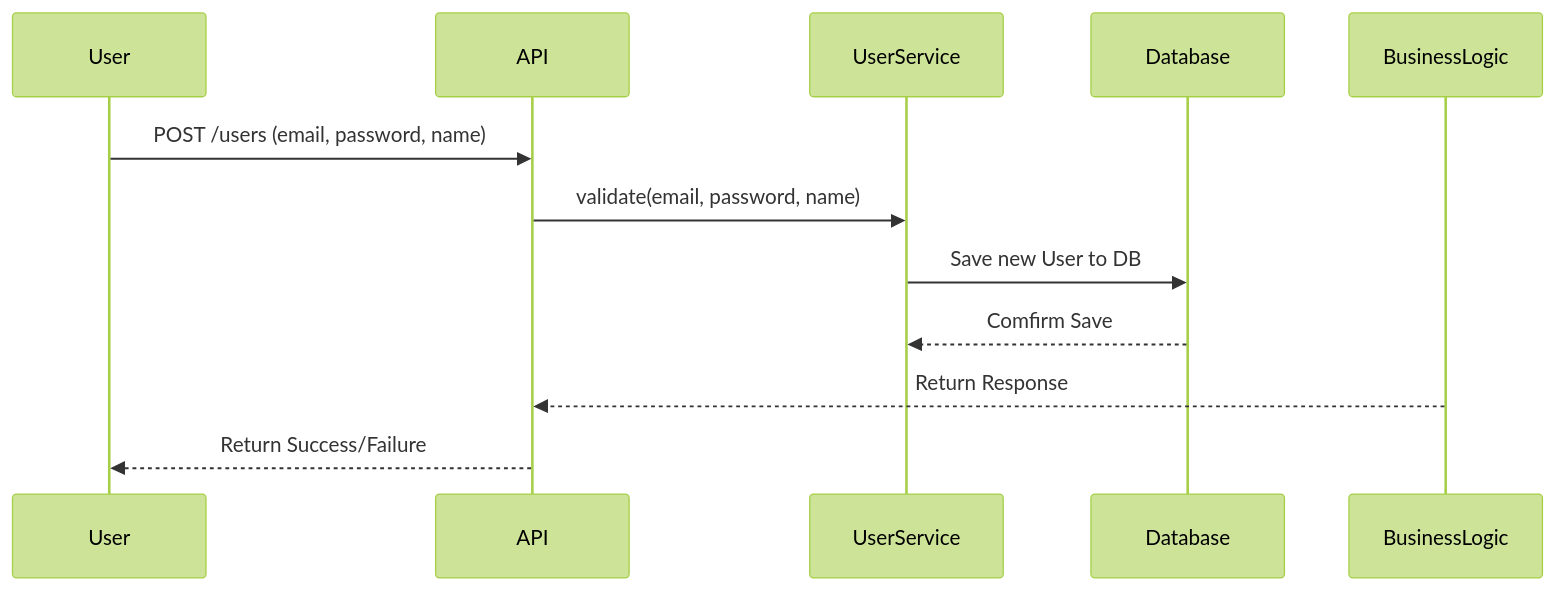
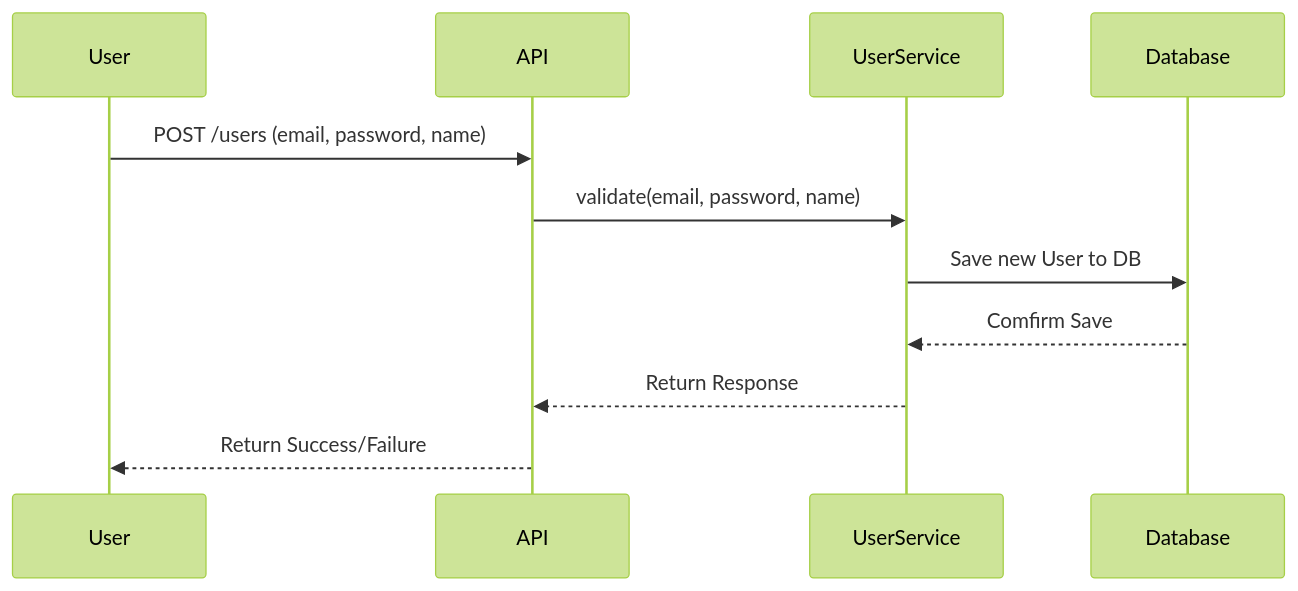
One commit to Roullito/holbertonschool-hbnb changed the diagram in part1/2_Sequence_Diagrams.md. Above: the diagram before and after it, drawn with Mermaid (forest theme).

Commit message:
fix: change bisness for userservice

````diff
--- a/part1/2_Sequence_Diagrams.md
+++ b/part1/2_Sequence_Diagrams.md
@@ -3,15 +3,15 @@
 ```mermaid
 sequenceDiagram
     participant User
     participant API
     participant UserService
     participant Database
 
     User->>API: POST /users (email, password, name)
     API->>UserService: validate(email, password, name)
     UserService->>Database: Save new User to DB
     Database-->>UserService: Comfirm Save
-    BusinessLogic-->>API: Return Response
+    UserService-->>API: Return Response
 	API-->>User: Return Success/Failure
 
 ```
````
